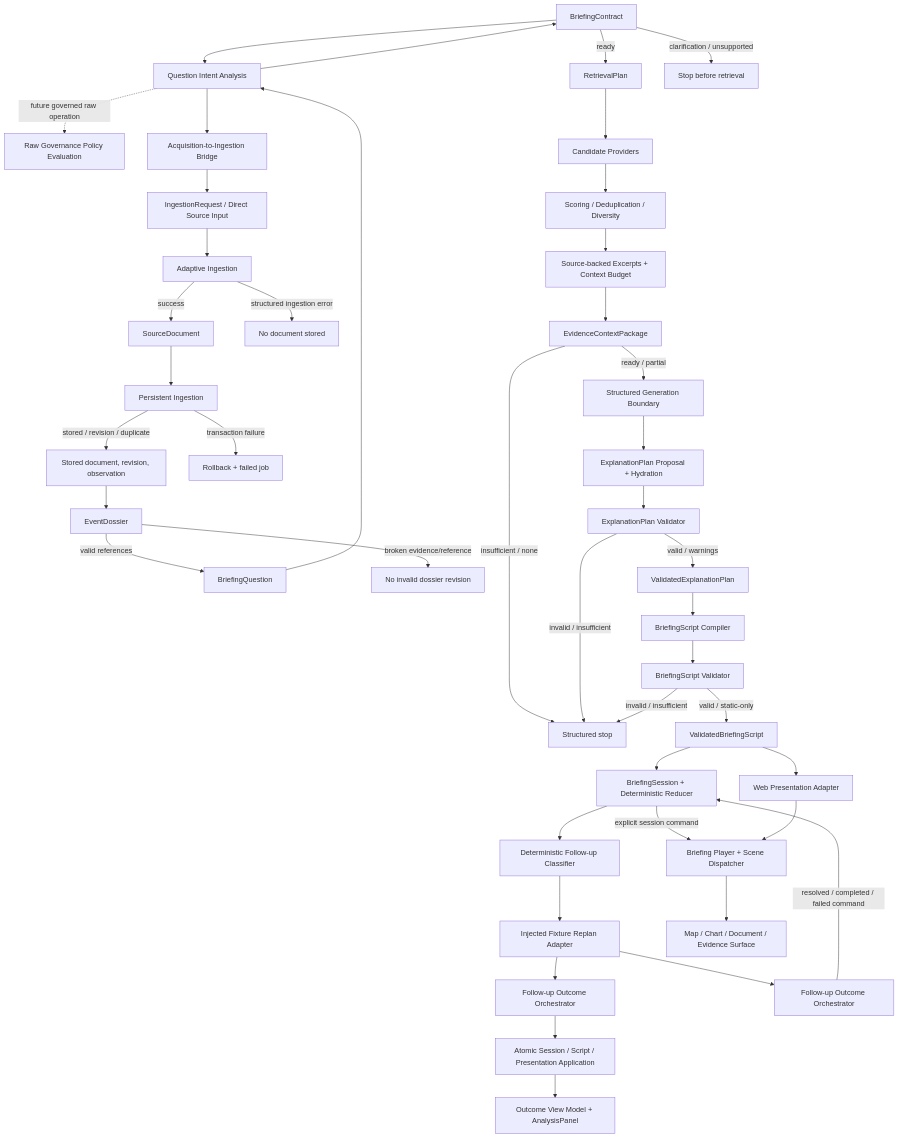
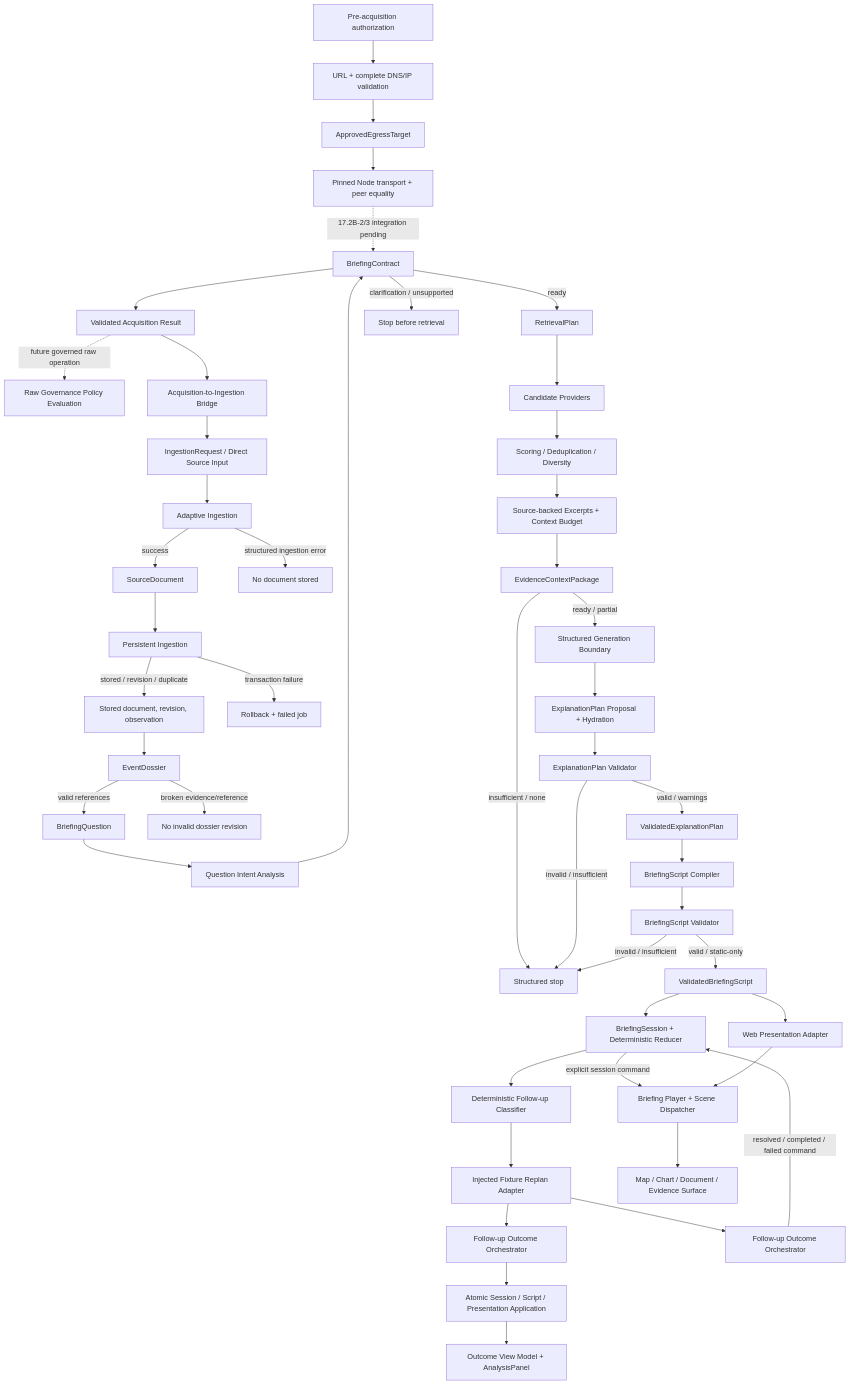
One commit to cooly12241113-glitch/world-news-ai changed the diagram in docs/architecture/End-to-End-Data-Flow.md. Above: the diagram before and after it, drawn with Mermaid. The commit also changed 21 other files, not shown here.

Commit message:
feat: add safe acquisition target security

````diff
--- a/docs/architecture/End-to-End-Data-Flow.md
+++ b/docs/architecture/End-to-End-Data-Flow.md
@@ -11,46 +11,50 @@
 ```mermaid
 flowchart TD
-  C["Optional SourceConnector (fixture-only in Sprint 17.1)"] --> A["Validated Acquisition Result"]
-  A -. "future governed raw operation" .-> G["Raw Governance Policy Evaluation"]
-  A --> B["Acquisition-to-Ingestion Bridge"]
+  PA["Pre-acquisition authorization"] --> TV["URL + complete DNS/IP validation"]
+  TV --> ET["ApprovedEgressTarget"]
+  ET --> PT["Pinned Node transport + peer equality"]
+  PT -. "17.2B-2/3 integration pending" .-> C["SourceConnector"]
+  C --> AQ["Validated Acquisition Result"]
+  AQ -. "future governed raw operation" .-> G["Raw Governance Policy Evaluation"]
+  AQ --> B["Acquisition-to-Ingestion Bridge"]
   B --> S["IngestionRequest / Direct Source Input"]
   S --> I["Adaptive Ingestion"]
   I -->|success| D["SourceDocument"]
   I -->|structured ingestion error| IF["No document stored"]
   D --> P["Persistent Ingestion"]
   P -->|stored / revision / duplicate| R["Stored document, revision, observation"]
   P -->|transaction failure| PF["Rollback + failed job"]
   R --> E["EventDossier"]
   E -->|valid references| Q["BriefingQuestion"]
   E -->|broken evidence/reference| EF["No invalid dossier revision"]
   Q --> A["Question Intent Analysis"]
   A --> C["BriefingContract"]
   C -->|ready| RP["RetrievalPlan"]
   C -->|clarification / unsupported| CF["Stop before retrieval"]
   RP --> CP["Candidate Providers"]
   CP --> SD["Scoring / Deduplication / Diversity"]
   SD --> X["Source-backed Excerpts + Context Budget"]
   X --> EC["EvidenceContextPackage"]
   EC -->|ready / partial| GP["Structured Generation Boundary"]
   EC -->|insufficient / none| ES["Structured stop"]
   GP --> EP["ExplanationPlan Proposal + Hydration"]
   EP --> EV["ExplanationPlan Validator"]
   EV -->|valid / warnings| VP["ValidatedExplanationPlan"]
   EV -->|invalid / insufficient| ES["Structured stop"]
   VP --> SC["BriefingScript Compiler"]
   SC --> SV["BriefingScript Validator"]
   SV -->|valid / static-only| VS["ValidatedBriefingScript"]
   SV -->|invalid / insufficient| ES
   VS --> WA["Web Presentation Adapter"]
   VS --> BS["BriefingSession + Deterministic Reducer"]
   BS --> FU["Deterministic Follow-up Classifier"]
   FU --> RA["Injected Fixture Replan Adapter"]
   RA --> AO["Follow-up Outcome Orchestrator"]
   AO --> AA["Atomic Session / Script / Presentation Application"]
   AA --> UI["Outcome View Model + AnalysisPanel"]
   RA --> FO["Follow-up Outcome Orchestrator"]
   FO -->|resolved / completed / failed command| BS
   BS -->|explicit session command| BP
   WA --> BP["Briefing Player + Scene Dispatcher"]
   BP --> F["Map / Chart / Document / Evidence Surface"]
 ```
````
